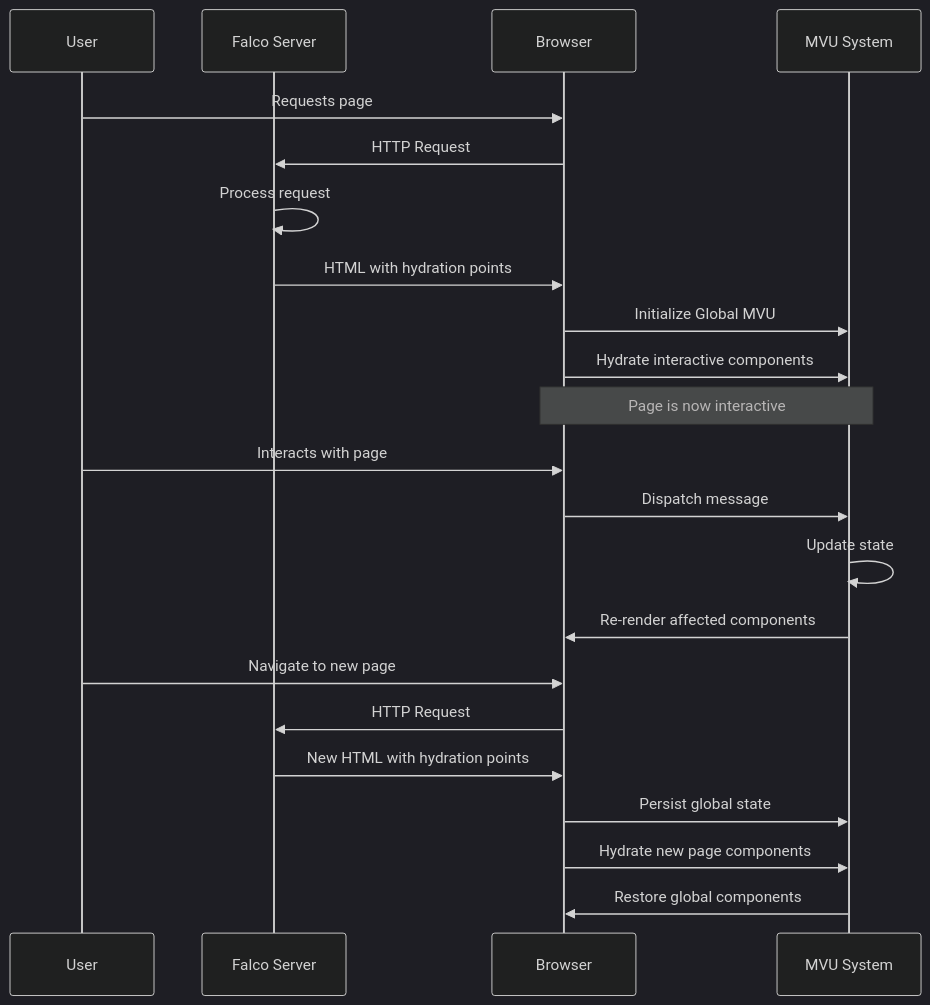
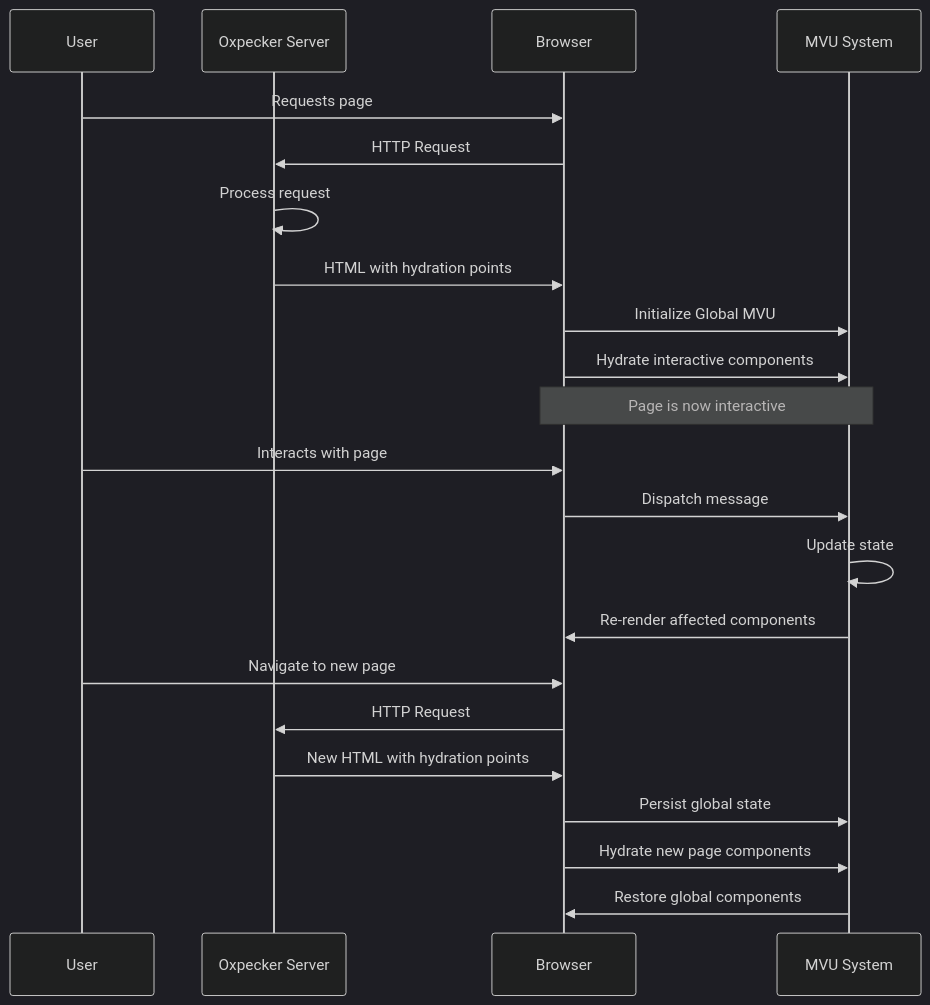
One commit to speakeztech/FlightDeck changed the fourth of 5 diagrams in docs/06 MVU-SolidJS Architecture.md. Above: the diagram before and after it, drawn with Mermaid. The commit also changed other lines of this file and 12 other files, not shown here.

````diff
--- a/docs/06 MVU-SolidJS Architecture.md
+++ b/docs/06 MVU-SolidJS Architecture.md
@@ -133,29 +133,29 @@
 ```mermaid
 %%{init: {'theme': 'dark'}}%%
 sequenceDiagram
     participant User
-    participant Server as Falco Server
+    participant Server as Oxpecker Server
     participant Client as Browser
     participant MVU as MVU System
     
     User->>Client: Requests page
     Client->>Server: HTTP Request
     Server->>Server: Process request
     Server->>Client: HTML with hydration points
     Client->>MVU: Initialize Global MVU
     Client->>MVU: Hydrate interactive components
     
     Note over Client,MVU: Page is now interactive
     
     User->>Client: Interacts with page
     Client->>MVU: Dispatch message
     MVU->>MVU: Update state
     MVU->>Client: Re-render affected components
     
     User->>Client: Navigate to new page
     Client->>Server: HTTP Request
     Server->>Client: New HTML with hydration points
     Client->>MVU: Persist global state
     Client->>MVU: Hydrate new page components
     MVU->>Client: Restore global components
 ```
````
